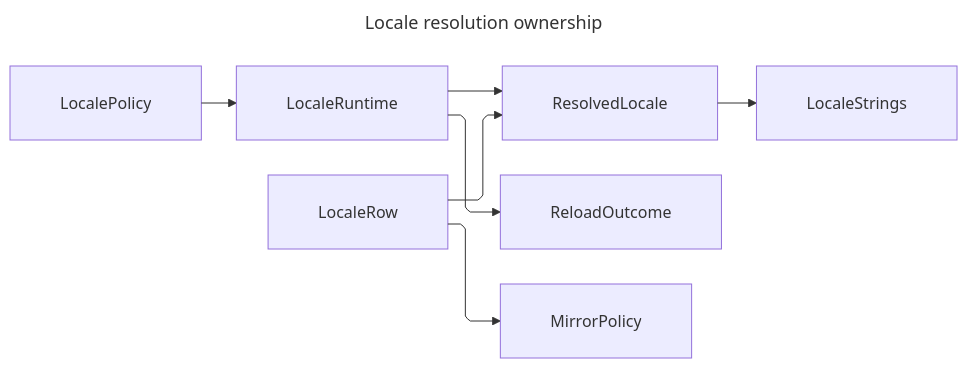
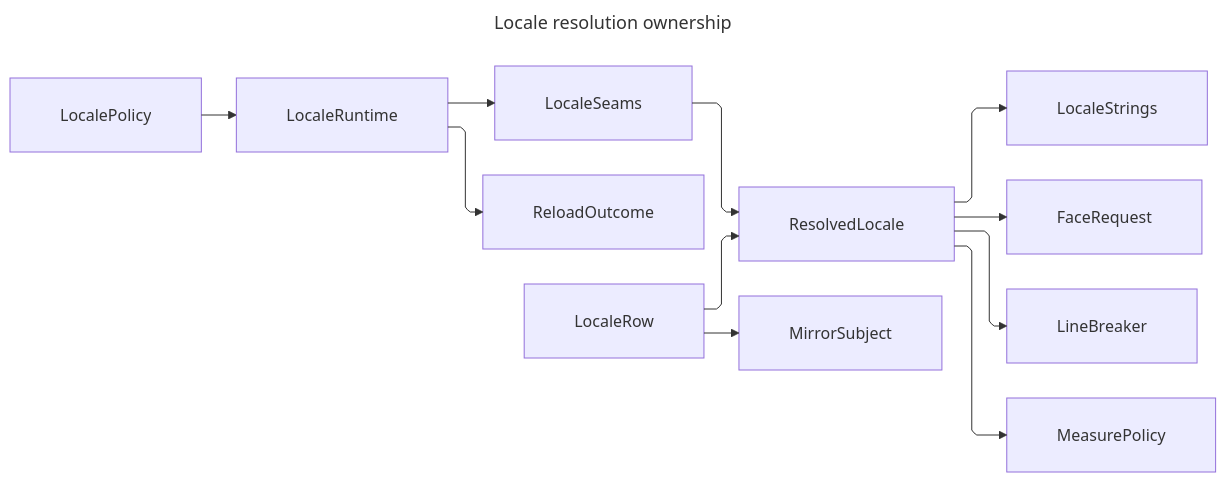
The diagram in libs/csharp/Rasm.AppUi/.planning/Theme/locale.md (bsamiee/Rasm), drawn with Mermaid before and after one commit. The commit also changed other lines of this file and 747 other files, not shown here.

````diff
--- a/libs/csharp/Rasm.AppUi/.planning/Theme/locale.md
+++ b/libs/csharp/Rasm.AppUi/.planning/Theme/locale.md
@@ -262,26 +669,29 @@
 ```mermaid
 ---
 title: Locale resolution ownership
 config:
   layout: elk
   htmlLabels: true
   markdownAutoWrap: false
   deterministicIds: true
   elk:
     nodePlacementStrategy: NETWORK_SIMPLEX
     considerModelOrder: NODES_AND_EDGES
   flowchart:
     curve: linear
     defaultRenderer: elk
     padding: 25
 ---
 flowchart LR
     accTitle: Locale resolution ownership
-    accDescr: Locale policy selects and transactionally publishes one resolved locale while locale data feeds full message formatting, directional asset mirroring, and reload evidence.
+    accDescr: Locale policy resolves one culture row, propagates it through typed seams before publishing, and feeds message formatting, shaping election, mirroring, and measurement from that one resolved value.
     LocalePolicy --> LocaleRuntime
-    LocaleRuntime --> ResolvedLocale
+    LocaleRuntime --> LocaleSeams --> ResolvedLocale
     LocaleRuntime --> ReloadOutcome
     LocaleRow --> ResolvedLocale
     ResolvedLocale --> LocaleStrings
-    LocaleRow --> MirrorPolicy
+    ResolvedLocale --> FaceRequest
+    ResolvedLocale --> LineBreaker
+    ResolvedLocale --> MeasurePolicy
+    LocaleRow --> MirrorSubject
 ```
````
